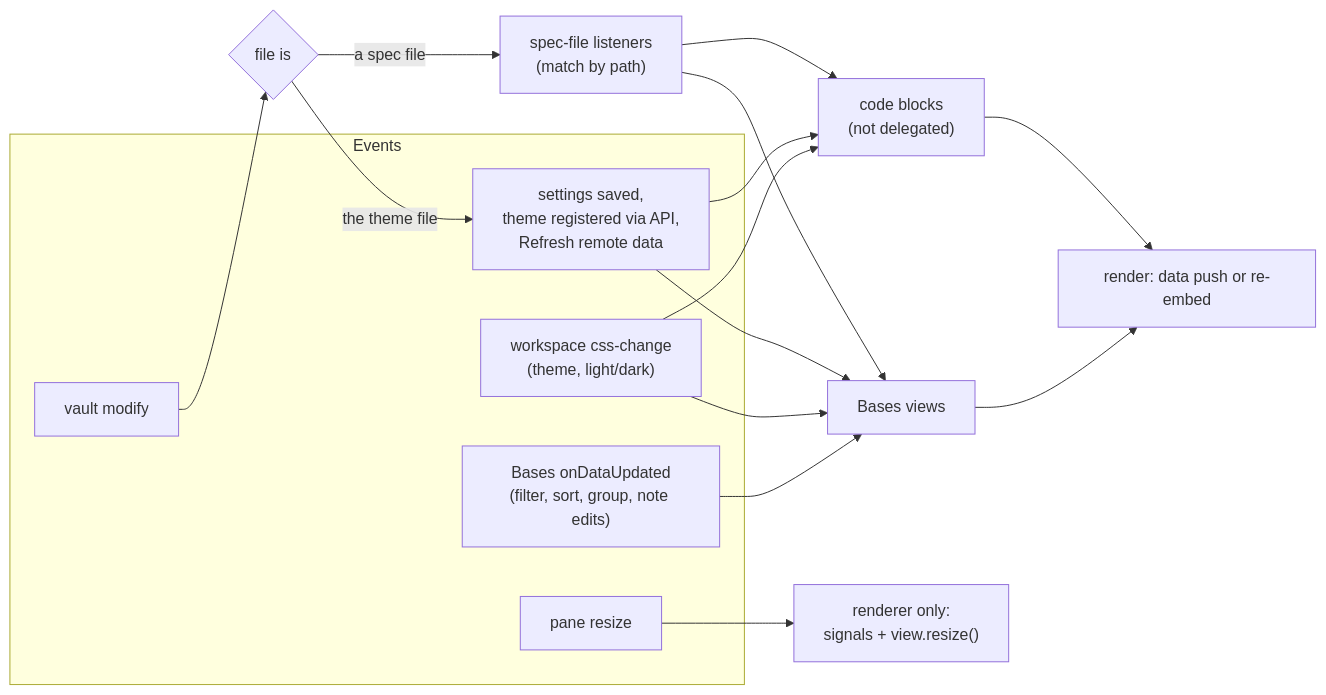
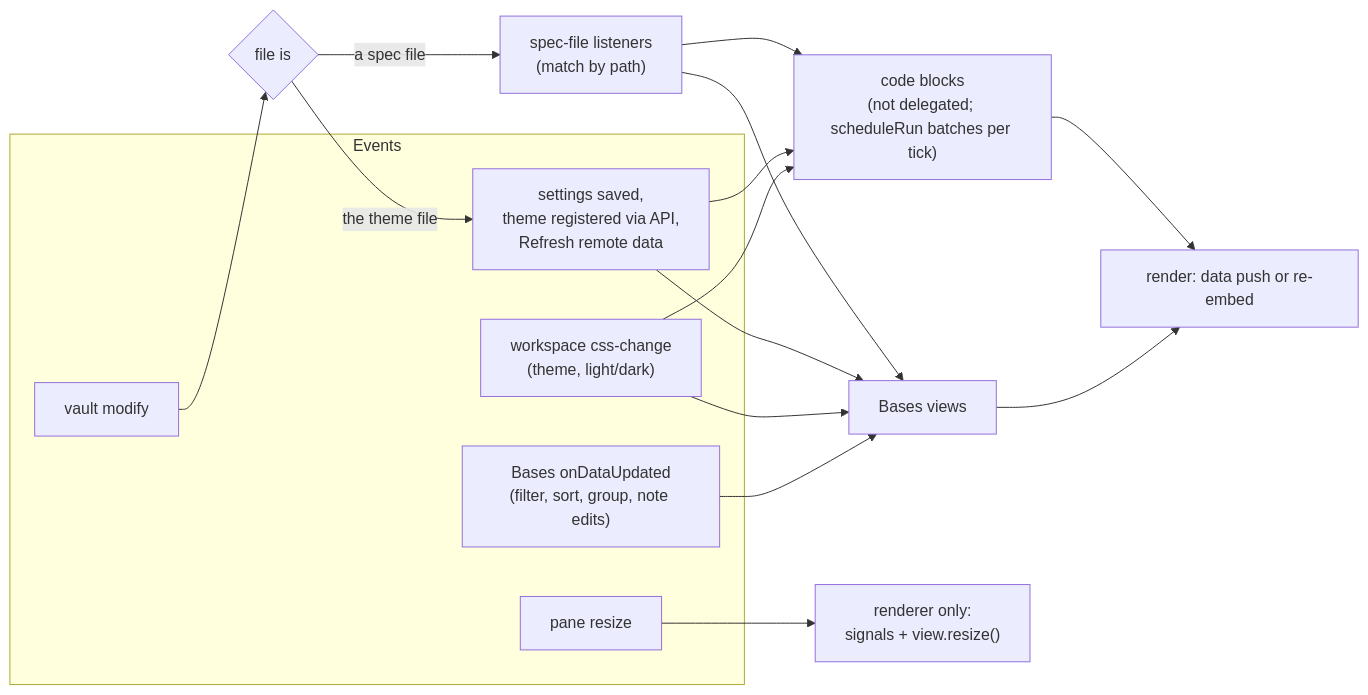
Diagram 11 of 13 in docs/architecture.md (Casyfill/Agate), drawn with Mermaid before and after one commit. The commit also changed other lines of this file and 2 other files, not shown here.

First line of the commit message:
Docs: bring architecture review and changelog up to date

````diff
--- a/docs/architecture.md
+++ b/docs/architecture.md
@@ -407,23 +408,23 @@
 ```mermaid
 flowchart LR
   subgraph EVENTS["Events"]
     DU["Bases onDataUpdated<br/>(filter, sort, group, note edits)"]
     CSS["workspace css-change<br/>(theme, light/dark)"]
     SETC["settings saved,<br/>theme registered via API,<br/>Refresh remote data"]
     MOD["vault modify"]
     RSZ["pane resize"]
   end
   MOD --> WHICH{"file is"}
   WHICH -- "the theme file" --> SETC
   WHICH -- "a spec file" --> SPECL["spec-file listeners<br/>(match by path)"]
   DU --> BVIEW["Bases views"]
   CSS --> BVIEW
-  CSS --> CBLK["code blocks<br/>(not delegated)"]
+  CSS --> CBLK["code blocks<br/>(not delegated; scheduleRun batches per tick)"]
   SETC --> BVIEW
   SETC --> CBLK
   SPECL --> BVIEW
   SPECL --> CBLK
   RSZ --> RENDR["renderer only:<br/>signals + view.resize()"]
   BVIEW --> R["render: data push or re-embed"]
   CBLK --> R
 ```
````
